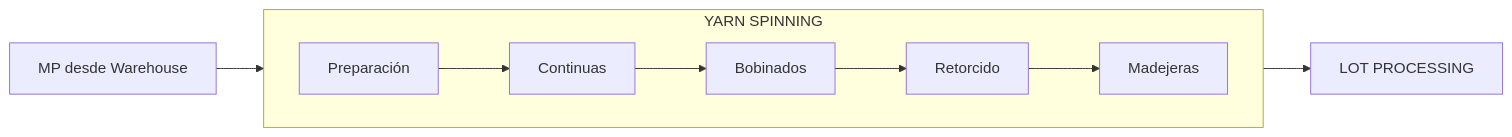
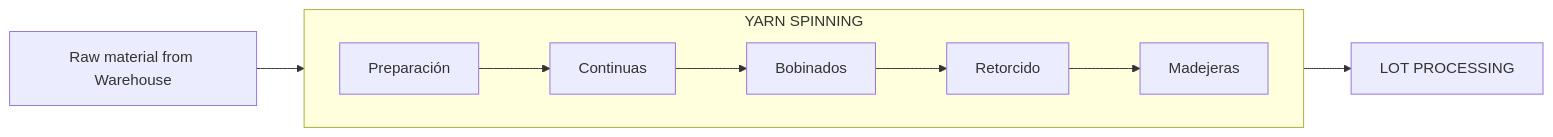
One commit to luiscm17/colibri-hub changed the diagram in docs/domain/operation/yarn-spinning.md. Above: the diagram before and after it, drawn with Mermaid. The commit also changed other lines of this file and 14 other files, not shown here.

````diff
--- a/docs/domain/operation/yarn-spinning.md
+++ b/docs/domain/operation/yarn-spinning.md
@@ -27,18 +24,18 @@
 ```mermaid
 flowchart LR
-    W["MP desde Warehouse"] --> P["Preparación"]
+    W["Raw material from Warehouse"] --> P["Preparación"]
     P --> C["Continuas"]
     C --> B["Bobinados"]
     B --> R["Retorcido"]
     R --> M["Madejeras"]
     M --> LP["LOT PROCESSING"]
 
     subgraph YS["YARN SPINNING"]
         direction LR
         P
         C
         B
         R
         M
     end
 ```
````
